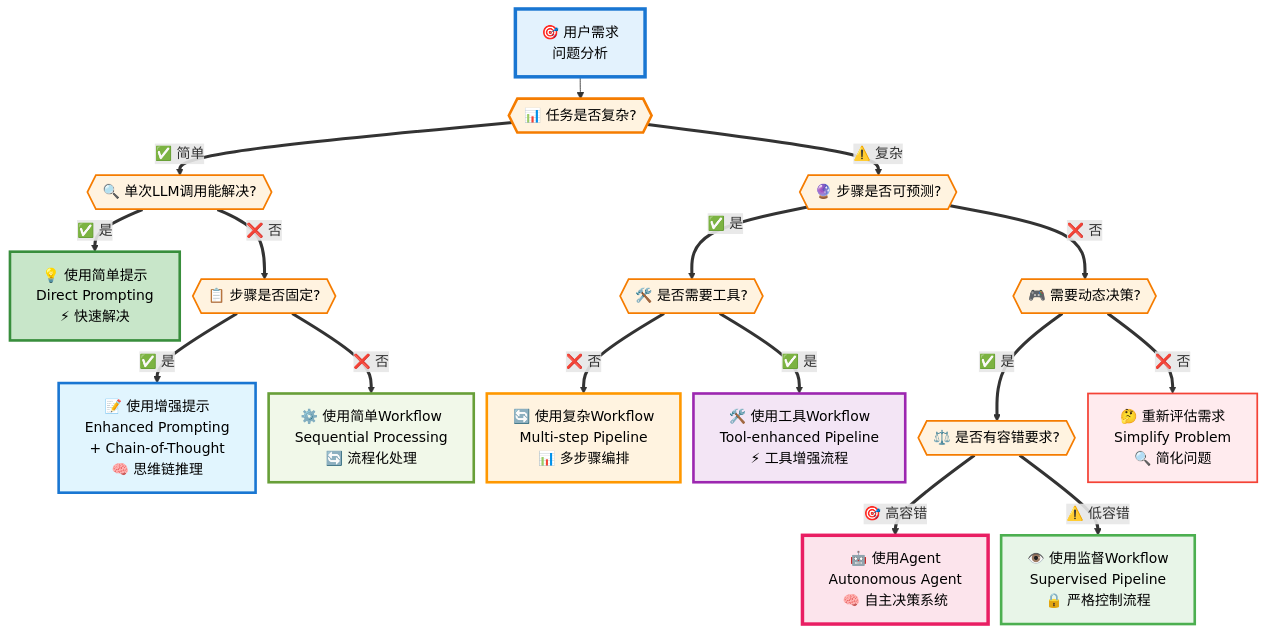
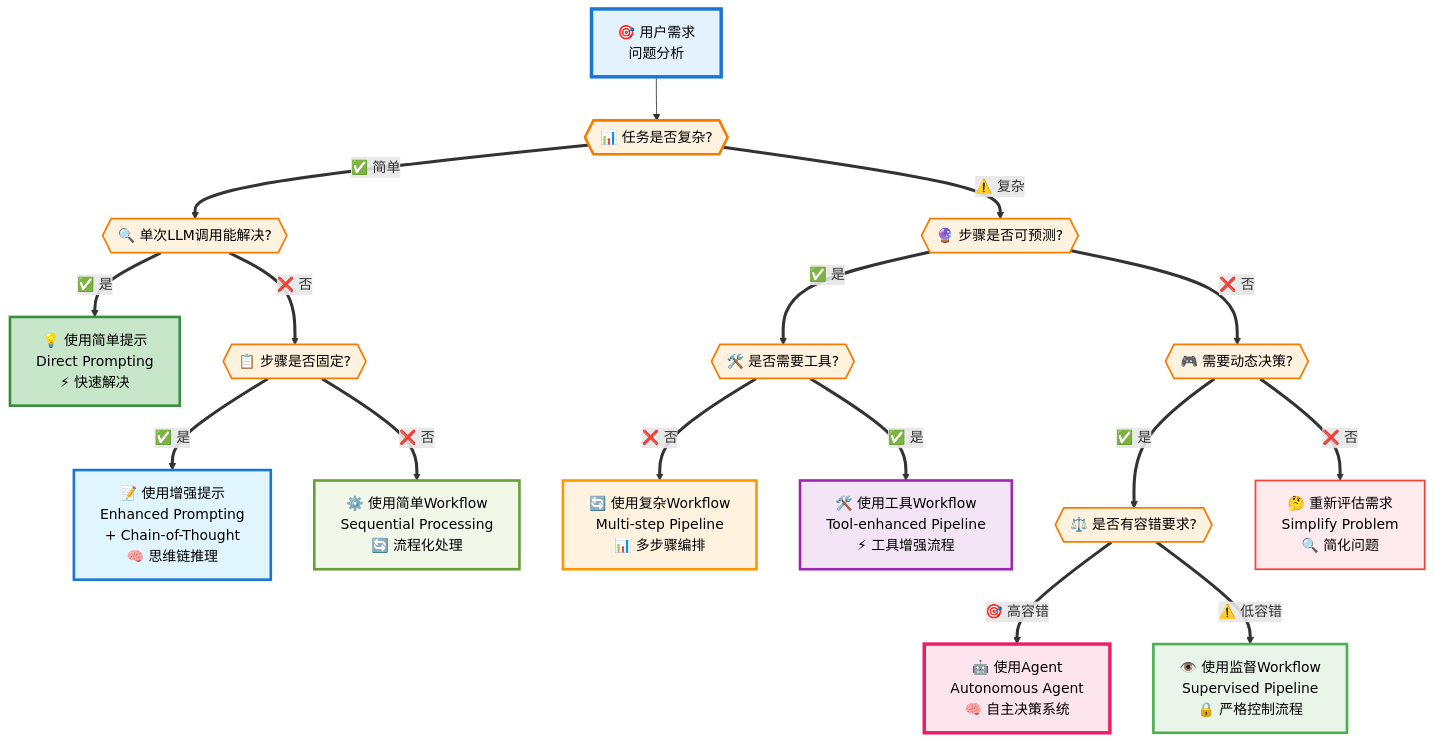
Before and after one commit to yxzf/claude-code-guide: the eighth of 8 diagrams in agent/AI_Agent_完整入门指南.md, drawn with Mermaid. The commit also changed other lines of this file, not shown here.

First line of the commit message:
使用HTML div容器缩小图表尺寸

````diff
--- a/agent/AI_Agent_完整入门指南.md
+++ b/agent/AI_Agent_完整入门指南.md
@@ -431,45 +451,44 @@
 ```mermaid
-%%{init: {'flowchart': {'nodeSpacing': 15, 'rankSpacing': 25}}}%%
 flowchart TD
     A[🎯 用户需求<br/>问题分析] --> B{{📊 任务是否复杂?}}
     
     B ==>|✅ 简单| C{{🔍 单次LLM调用能解决?}}
     C ==>|✅ 是| D[💡 使用简单提示<br/>Direct Prompting<br/>⚡ 快速解决]
     C ==>|❌ 否| E{{📋 步骤是否固定?}}
     
     E ==>|✅ 是| F[📝 使用增强提示<br/>Enhanced Prompting<br/>+ Chain-of-Thought<br/>🧠 思维链推理]
     E ==>|❌ 否| G[⚙️ 使用简单Workflow<br/>Sequential Processing<br/>🔄 流程化处理]
     
     B ==>|⚠️ 复杂| H{{🔮 步骤是否可预测?}}
     H ==>|✅ 是| I{{🛠️ 是否需要工具?}}
     H ==>|❌ 否| J{{🎮 需要动态决策?}}
     
     I ==>|❌ 否| K[🔄 使用复杂Workflow<br/>Multi-step Pipeline<br/>📊 多步骤编排]
     I ==>|✅ 是| L[🛠️ 使用工具Workflow<br/>Tool-enhanced Pipeline<br/>⚡ 工具增强流程]
     
     J ==>|✅ 是| M{{⚖️ 是否有容错要求?}}
     J ==>|❌ 否| N[🤔 重新评估需求<br/>Simplify Problem<br/>🔍 简化问题]
     
     M ==>|🎯 高容错| O[🤖 使用Agent<br/>Autonomous Agent<br/>🧠 自主决策系统]
     M ==>|⚠️ 低容错| P[👁️ 使用监督Workflow<br/>Supervised Pipeline<br/>🔒 严格控制流程]
     
     %% 样式定义
     style A fill:#e3f2fd,stroke:#1976d2,stroke-width:4px,color:#000
     style B fill:#fff3e0,stroke:#f57c00,stroke-width:3px,color:#000
     style C fill:#fff3e0,stroke:#f57c00,stroke-width:2px,color:#000
     style E fill:#fff3e0,stroke:#f57c00,stroke-width:2px,color:#000
     style H fill:#fff3e0,stroke:#f57c00,stroke-width:2px,color:#000
     style I fill:#fff3e0,stroke:#f57c00,stroke-width:2px,color:#000
     style J fill:#fff3e0,stroke:#f57c00,stroke-width:2px,color:#000
     style M fill:#fff3e0,stroke:#f57c00,stroke-width:2px,color:#000
     
     %% 解决方案样式
     style D fill:#c8e6c9,stroke:#388e3c,stroke-width:3px,color:#000
     style F fill:#e1f5fe,stroke:#1976d2,stroke-width:3px,color:#000
     style G fill:#f1f8e9,stroke:#689f38,stroke-width:3px,color:#000
     style K fill:#fff3e0,stroke:#ff9800,stroke-width:3px,color:#000
     style L fill:#f3e5f5,stroke:#9c27b0,stroke-width:3px,color:#000
     style O fill:#fce4ec,stroke:#e91e63,stroke-width:4px,color:#000
     style P fill:#e8f5e8,stroke:#4caf50,stroke-width:3px,color:#000
     style N fill:#ffebee,stroke:#f44336,stroke-width:2px,color:#000
 ```
````
